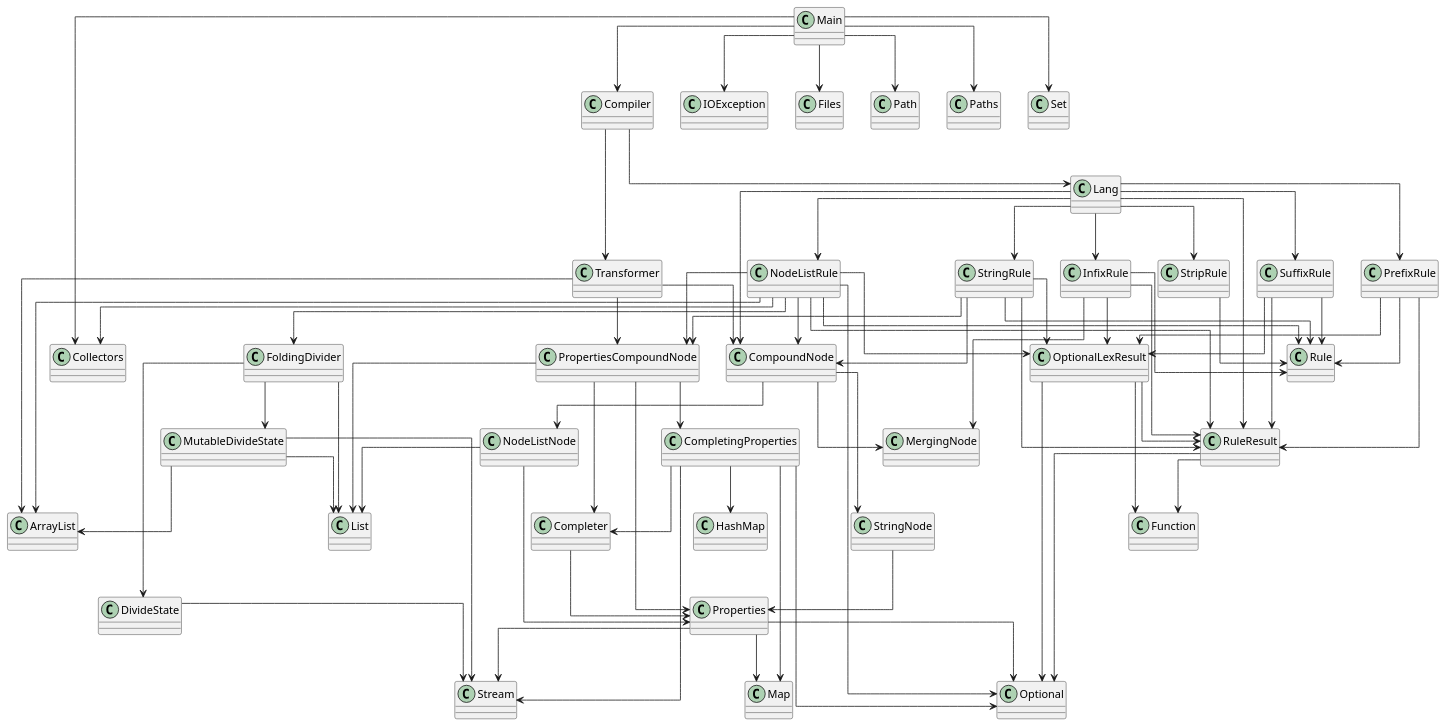
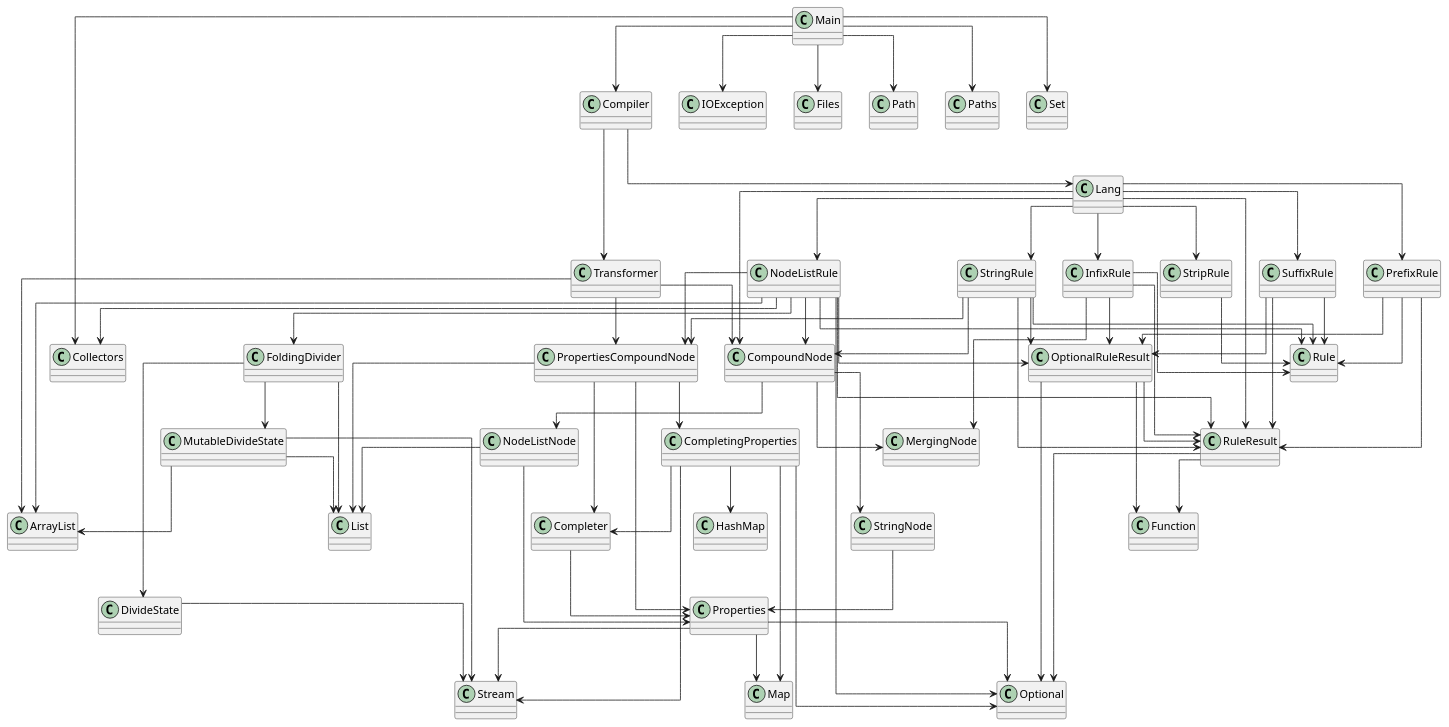
One commit to SirMathhman/Magma changed the diagram in diagram.puml. Above: the diagram before and after it, drawn with PlantUML. The commit also changed 2 other files, not shown here.

```diff
--- a/diagram.puml
+++ b/diagram.puml
@@ -1,103 +1,103 @@
 @startuml
 skinparam linetype ortho
 class Properties
 Properties --> Map
 Properties --> Optional
 Properties --> Stream
 class PropertiesCompoundNode
 PropertiesCompoundNode --> CompletingProperties
 PropertiesCompoundNode --> Properties
 PropertiesCompoundNode --> Completer
 PropertiesCompoundNode --> List
 class FoldingDivider
 FoldingDivider --> DivideState
 FoldingDivider --> MutableDivideState
 FoldingDivider --> List
 class Transformer
 Transformer --> CompoundNode
 Transformer --> PropertiesCompoundNode
 Transformer --> ArrayList
 class DivideState
 DivideState --> Stream
 class InfixRule
 InfixRule --> Rule
 InfixRule --> MergingNode
 InfixRule --> RuleResult
-InfixRule --> OptionalLexResult
+InfixRule --> OptionalRuleResult
 class NodeListRule
 NodeListRule --> Rule
 NodeListRule --> CompoundNode
 NodeListRule --> PropertiesCompoundNode
 NodeListRule --> FoldingDivider
 NodeListRule --> RuleResult
-NodeListRule --> OptionalLexResult
+NodeListRule --> OptionalRuleResult
 NodeListRule --> ArrayList
 NodeListRule --> Optional
 NodeListRule --> Collectors
 class RuleResult
 RuleResult --> Optional
 RuleResult --> Function
 class StripRule
 StripRule --> Rule
 class MergingNode
 class Completer
 Completer --> Properties
-class OptionalLexResult
-OptionalLexResult --> RuleResult
-OptionalLexResult --> Optional
-OptionalLexResult --> Function
 class StringRule
 StringRule --> Rule
 StringRule --> CompoundNode
 StringRule --> PropertiesCompoundNode
 StringRule --> RuleResult
-StringRule --> OptionalLexResult
+StringRule --> OptionalRuleResult
 class Rule
 class PrefixRule
 PrefixRule --> Rule
 PrefixRule --> RuleResult
-PrefixRule --> OptionalLexResult
+PrefixRule --> OptionalRuleResult
 class NodeListNode
 NodeListNode --> Properties
 NodeListNode --> List
 class CompoundNode
 CompoundNode --> MergingNode
 CompoundNode --> NodeListNode
 CompoundNode --> StringNode
 class MutableDivideState
 MutableDivideState --> ArrayList
 MutableDivideState --> List
 MutableDivideState --> Stream
+class OptionalRuleResult
+OptionalRuleResult --> RuleResult
+OptionalRuleResult --> Optional
+OptionalRuleResult --> Function
 class Lang
 Lang --> CompoundNode
 Lang --> NodeListRule
 Lang --> InfixRule
 Lang --> PrefixRule
 Lang --> StringRule
 Lang --> StripRule
 Lang --> SuffixRule
 Lang --> RuleResult
 class Main
 Main --> Compiler
 Main --> IOException
 Main --> Files
 Main --> Path
 Main --> Paths
 Main --> Set
 Main --> Collectors
 class CompletingProperties
 CompletingProperties --> Completer
 CompletingProperties --> HashMap
 CompletingProperties --> Map
 CompletingProperties --> Optional
 CompletingProperties --> Stream
 class SuffixRule
 SuffixRule --> Rule
 SuffixRule --> RuleResult
-SuffixRule --> OptionalLexResult
+SuffixRule --> OptionalRuleResult
 class Compiler
 Compiler --> Lang
 Compiler --> Transformer
 class StringNode
 StringNode --> Properties
 @enduml
```
